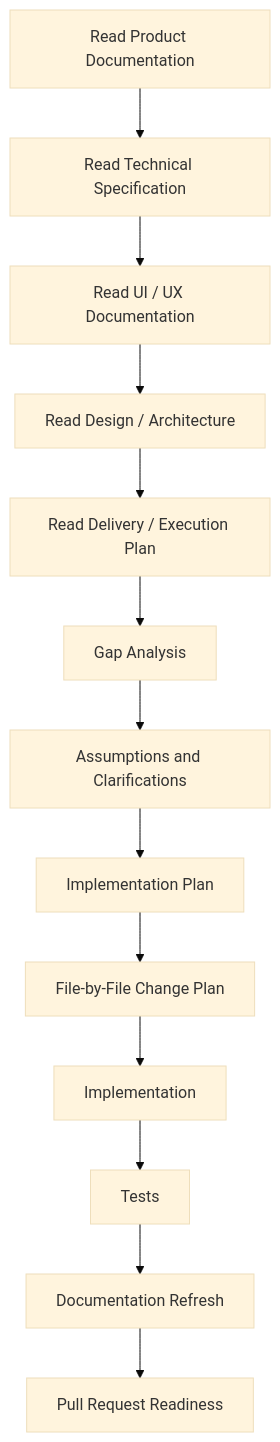
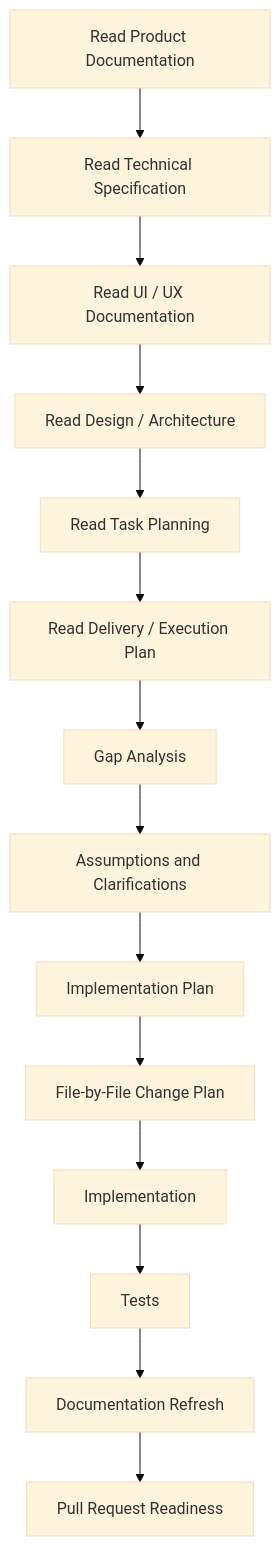
One commit to Amal-Makwana/PersonalAssistant changed the first of 5 diagrams in docs/99-ai-rules/AI_DEVELOPMENT_WORKFLOW.md. Above: the diagram before and after it, drawn with Mermaid (base theme). The commit also changed other lines of this file and 91 other files, not shown here.

Commit message:
Refactor docs workflow with canonical contracts and task planning phase

````diff
--- a/docs/99-ai-rules/AI_DEVELOPMENT_WORKFLOW.md
+++ b/docs/99-ai-rules/AI_DEVELOPMENT_WORKFLOW.md
@@ -33,16 +33,17 @@
 ```mermaid
 flowchart TD
     A[Read Product Documentation] --> B[Read Technical Specification]
     B --> C[Read UI / UX Documentation]
     C --> D[Read Design / Architecture]
-    D --> E[Read Delivery / Execution Plan]
+    D --> E[Read Task Planning]
+    E --> F[Read Delivery / Execution Plan]
 
-    E --> F[Gap Analysis]
-    F --> G[Assumptions and Clarifications]
-    G --> H[Implementation Plan]
-    H --> I[File-by-File Change Plan]
-    I --> J[Implementation]
-    J --> K[Tests]
-    K --> L[Documentation Refresh]
-    L --> M[Pull Request Readiness]
+    F --> G[Gap Analysis]
+    G --> H[Assumptions and Clarifications]
+    H --> I[Implementation Plan]
+    I --> J[File-by-File Change Plan]
+    J --> K[Implementation]
+    K --> L[Tests]
+    L --> M[Documentation Refresh]
+    M --> N[Pull Request Readiness]
 ```
````
